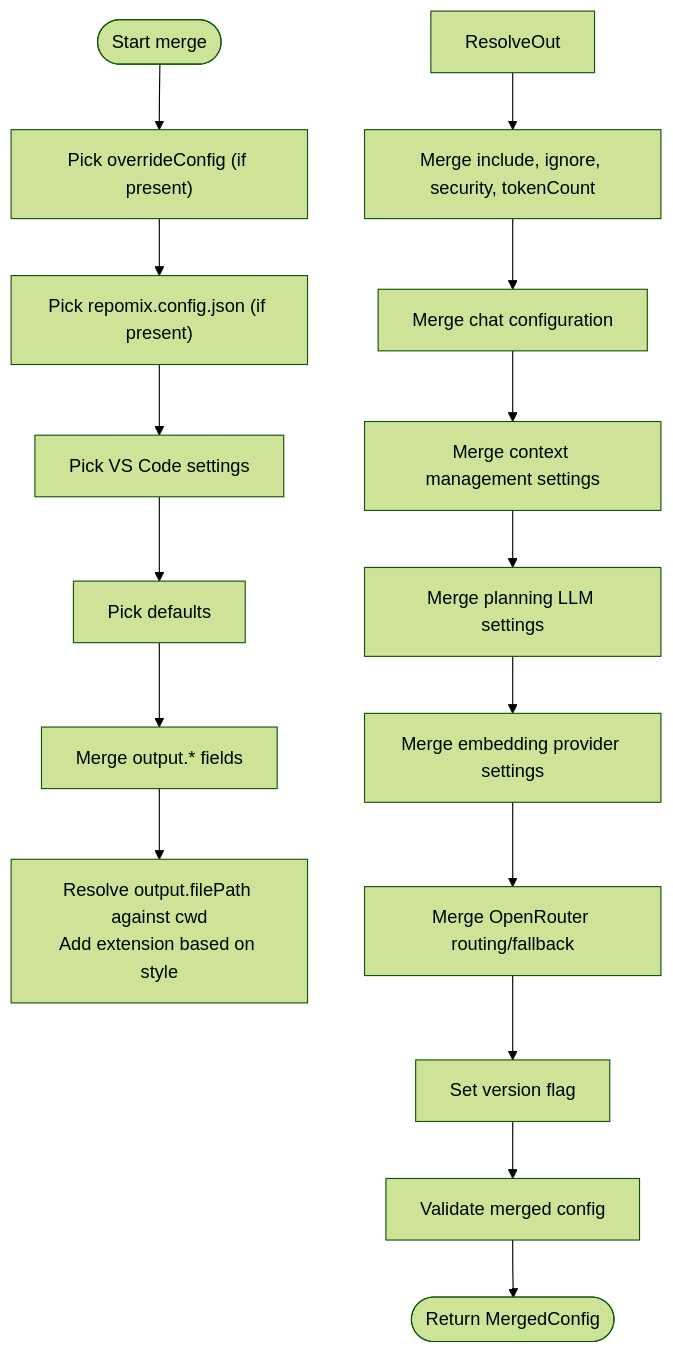
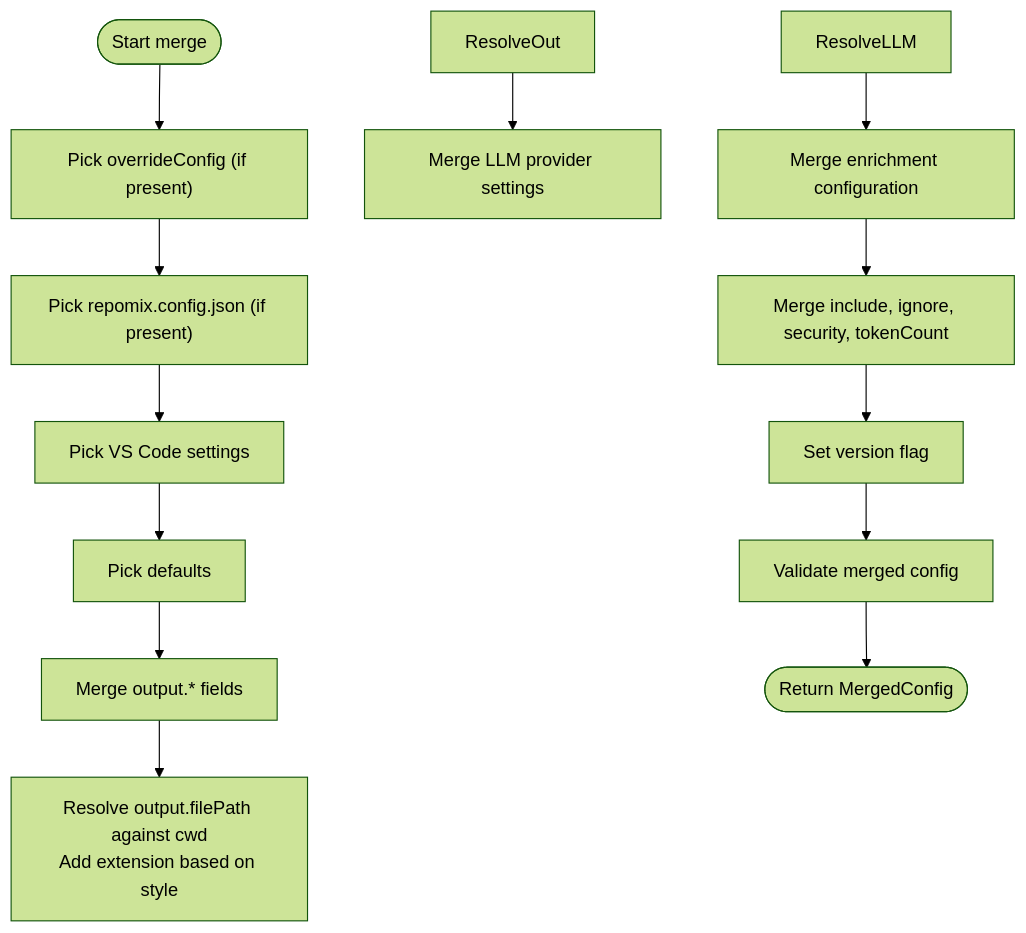
One commit to bramburn/repomix-runner changed the third of 7 diagrams in .qoder/repowiki/en/content/Configuration Management/Configuration Management.md. Above: the diagram before and after it, drawn with Mermaid (forest theme). The commit also changed other lines of this file and 41 other files, not shown here.

````diff
--- a/.qoder/repowiki/en/content/Configuration Management/Configuration Management.md
+++ b/.qoder/repowiki/en/content/Configuration Management/Configuration Management.md
@@ -247,18 +189,15 @@
 ```mermaid
 flowchart TD
 Start(["Start merge"]) --> PickOverride["Pick overrideConfig (if present)"]
 PickOverride --> PickFile["Pick repomix.config.json (if present)"]
 PickFile --> PickVS["Pick VS Code settings"]
 PickVS --> PickBase["Pick defaults"]
 PickBase --> MergeOut["Merge output.* fields"]
 MergeOut --> ResolvePath["Resolve output.filePath against cwd<br/>Add extension based on style"]
-ResolveOut --> MergeOthers["Merge include, ignore, security, tokenCount"]
-MergeOthers --> MergeChat["Merge chat configuration"]
-MergeChat --> MergeContext["Merge context management settings"]
-MergeContext --> MergePlanning["Merge planning LLM settings"]
-MergePlanning --> MergeEmbedding["Merge embedding provider settings"]
-MergeEmbedding --> MergeOpenRouter["Merge OpenRouter routing/fallback"]
-MergeOpenRouter --> VersionCfg["Set version flag"]
+ResolveOut --> MergeLLM["Merge LLM provider settings"]
+ResolveLLM --> MergeEnrich["Merge enrichment configuration"]
+MergeEnrich --> MergeOthers["Merge include, ignore, security, tokenCount"]
+MergeOthers --> VersionCfg["Set version flag"]
 VersionCfg --> Validate["Validate merged config"]
 Validate --> End(["Return MergedConfig"])
 ```
````
